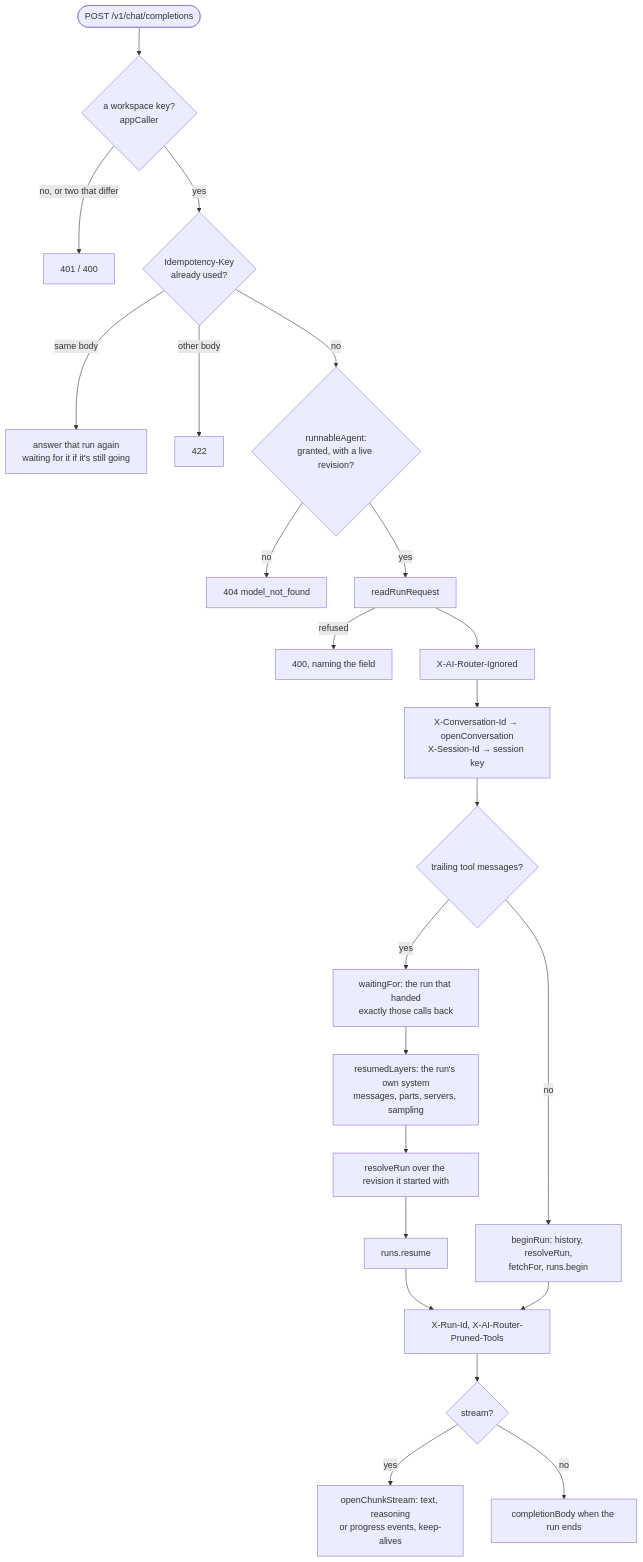
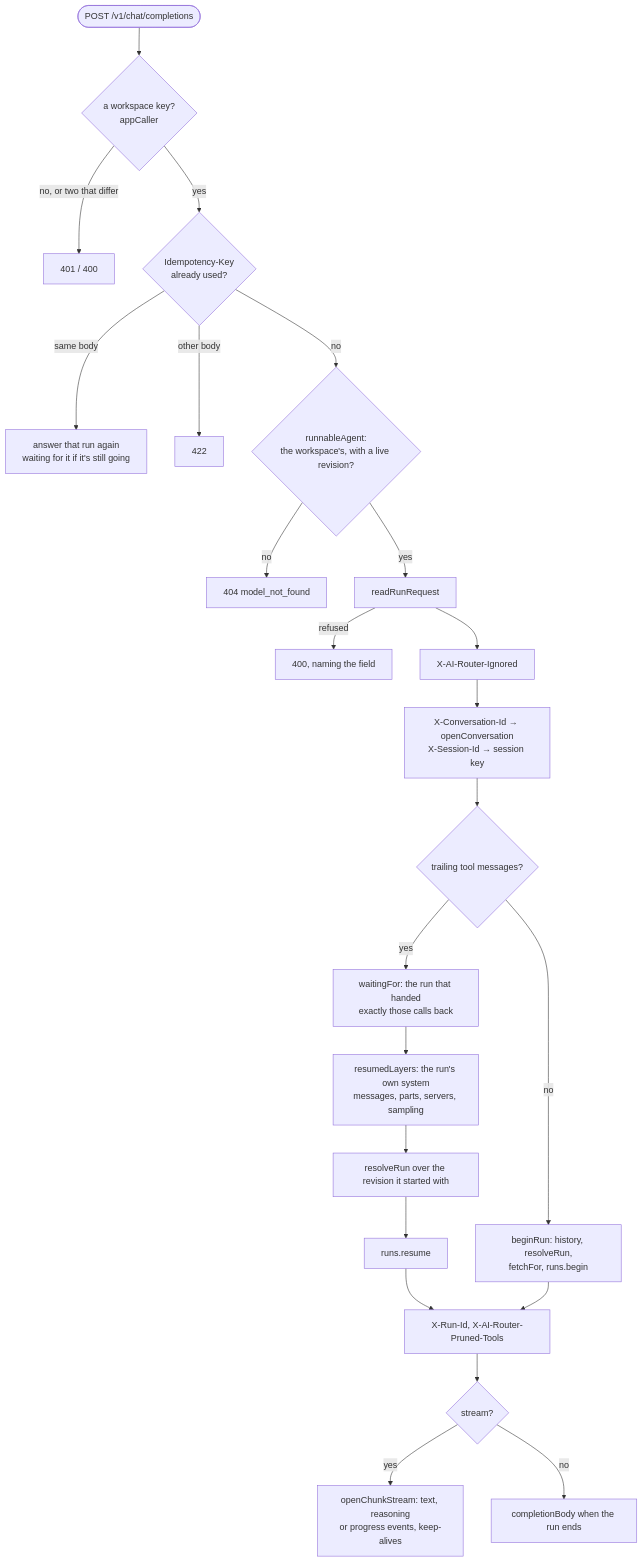
The fourth of 14 diagrams in HOW-IT-WORKS.md (cubicecho/ai-router), drawn with Mermaid before and after one commit. The commit also changed other lines of this file and 35 other files, not shown here.

First line of the commit message:
feat(workspaces): every agent reaches the workspace's servers unless turned off

````diff
--- a/HOW-IT-WORKS.md
+++ b/HOW-IT-WORKS.md
@@ -178,25 +183,25 @@
 ```mermaid
 flowchart TB
   req(["POST /v1/chat/completions"]) --> key{"a workspace key?<br/>appCaller"}
   key -- "no, or two that differ" --> r401["401 / 400"]
   key -- "yes" --> idem{"Idempotency-Key<br/>already used?"}
   idem -- "same body" --> repeat["answer that run again<br/>waiting for it if it's still going"]
   idem -- "other body" --> r422["422"]
-  idem -- "no" --> agent{"runnableAgent:<br/>granted, with a live revision?"}
+  idem -- "no" --> agent{"runnableAgent:<br/>the workspace's, with a live revision?"}
   agent -- "no" --> r404["404 model_not_found"]
   agent -- "yes" --> read["readRunRequest"]
   read -- "refused" --> r400["400, naming the field"]
   read --> hdr1["X-AI-Router-Ignored"]
   hdr1 --> conv["X-Conversation-Id → openConversation<br/>X-Session-Id → session key"]
   conv --> answers{"trailing tool messages?"}
   answers -- "yes" --> waiting["waitingFor: the run that handed<br/>exactly those calls back"]
   waiting --> resumed["resumedLayers: the run's own system<br/>messages, parts, servers, sampling"]
   resumed --> resolve2["resolveRun over the revision it started with"]
   resolve2 --> resume["runs.resume"]
   answers -- "no" --> begin["beginRun: history, resolveRun,<br/>fetchFor, runs.begin"]
   resume --> hdr2
   begin --> hdr2["X-Run-Id, X-AI-Router-Pruned-Tools"]
   hdr2 --> stream{"stream?"}
   stream -- "yes" --> chunks["openChunkStream: text, reasoning<br/>or progress events, keep-alives"]
   stream -- "no" --> json["completionBody when the run ends"]
 ```
````
